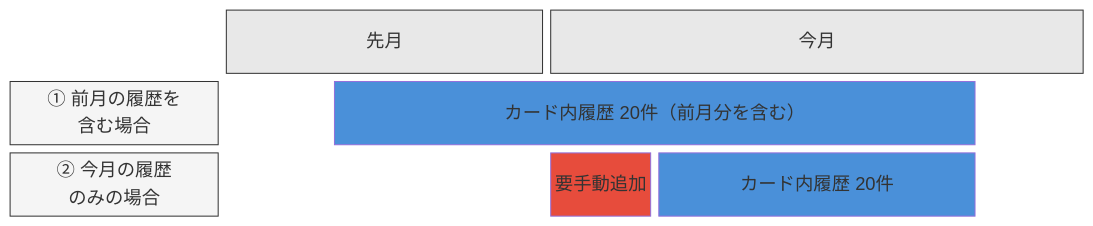
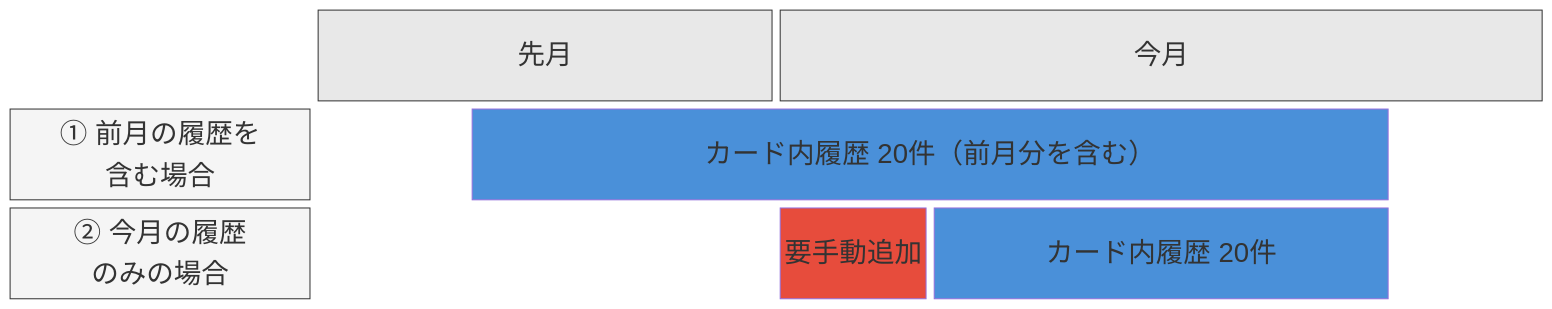
The diagram in ICCardManager/docs/manual/管理者マニュアル.md (kuwayamamasayuki/ICCardManager), drawn with Mermaid before and after one commit.

Commit message:
docs: block-beta図のフォントサイズを27pxに拡大 (#950)

````diff
--- a/ICCardManager/docs/manual/管理者マニュアル.md
+++ b/ICCardManager/docs/manual/管理者マニュアル.md
@@ -376,25 +376,25 @@
 ```mermaid
-%%{init: {"theme": "default", "themeVariables": {"fontSize": "18px"}}}%%
+%%{init: {"theme": "default", "themeVariables": {"fontSize": "27px"}}}%%
 block-beta
     columns 10
     space:2 B["先月"]:3 C["今月"]:5
 
     A1["① 前月の履歴を\n含む場合"]:2
     space:1
     D1["カード内履歴 20件（前月分を含む）"]:6
     space:1
 
     A2["② 今月の履歴\nのみの場合"]:2
     space:3
     E2["要手動追加"]:1
     D2["カード内履歴 20件"]:3
     space:1
 
     style D1 fill:#4A90D9,color:#fff
     style D2 fill:#4A90D9,color:#fff
     style E2 fill:#E74C3C,color:#fff
     style A1 fill:#f5f5f5,stroke:#333
     style A2 fill:#f5f5f5,stroke:#333
     style B fill:#e8e8e8,stroke:#333
     style C fill:#e8e8e8,stroke:#333
 ```
````
